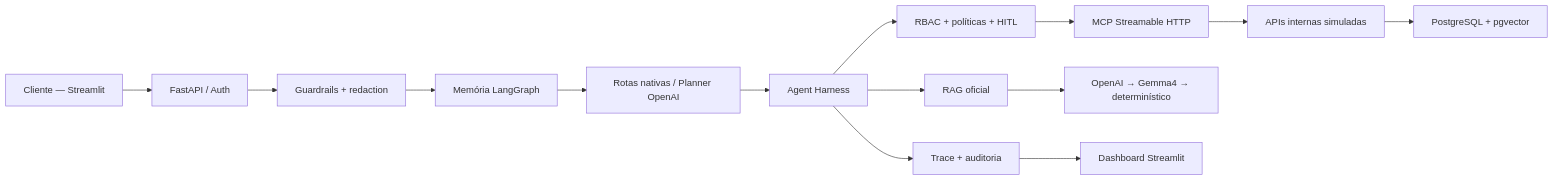
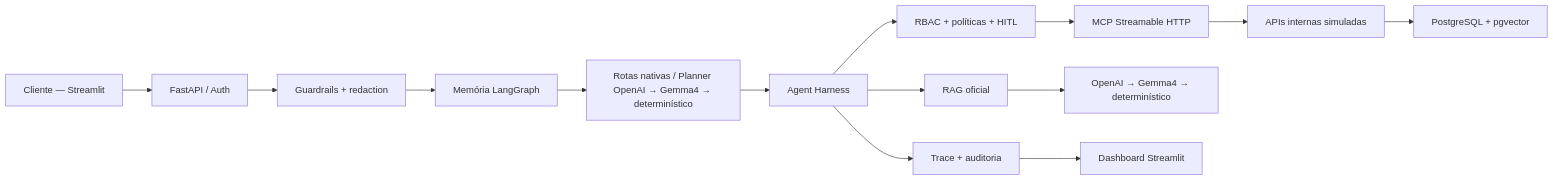
Before and after one commit to fabiopolli/intelligent-banking-agent: the diagram in README.md, drawn with Mermaid. The commit also changed other lines of this file and 22 other files, not shown here.

````diff
--- a/README.md
+++ b/README.md
@@ -23,16 +26,16 @@
 ```mermaid
 flowchart LR
     U["Cliente — Streamlit"] --> A["FastAPI / Auth"]
     A --> G["Guardrails + redaction"]
     G --> C["Memória LangGraph"]
-    C --> R["Rotas nativas / Planner OpenAI"]
+    C --> R["Rotas nativas / Planner OpenAI → Gemma4 → determinístico"]
     R --> H["Agent Harness"]
     H --> P["RBAC + políticas + HITL"]
     P --> M["MCP Streamable HTTP"]
     M --> I["APIs internas simuladas"]
     I --> DB["PostgreSQL + pgvector"]
     H --> K["RAG oficial"]
     K --> L["OpenAI → Gemma4 → determinístico"]
     H --> O["Trace + auditoria"]
     O --> D["Dashboard Streamlit"]
 ```
````
